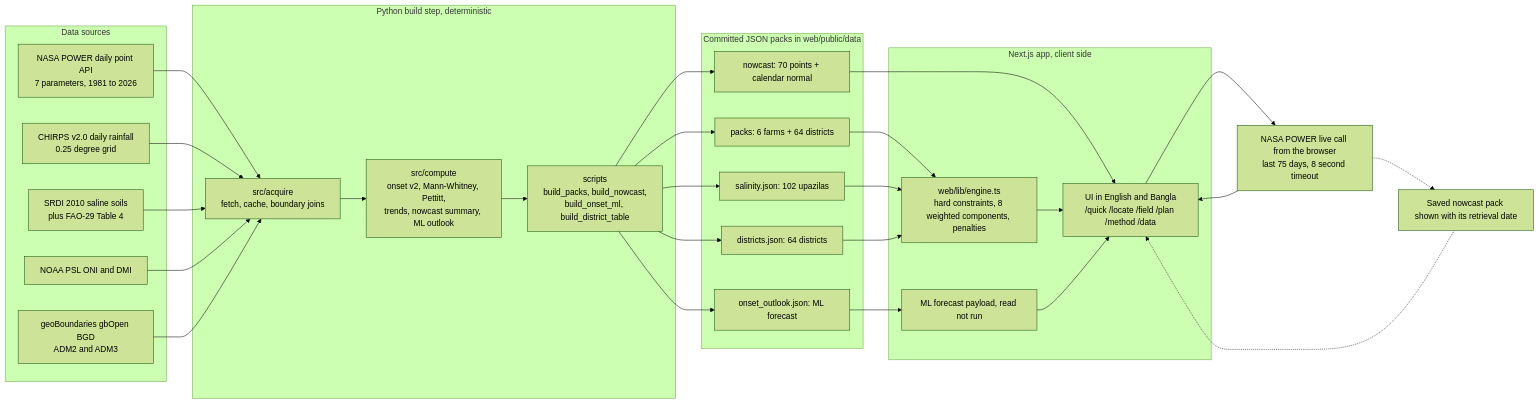
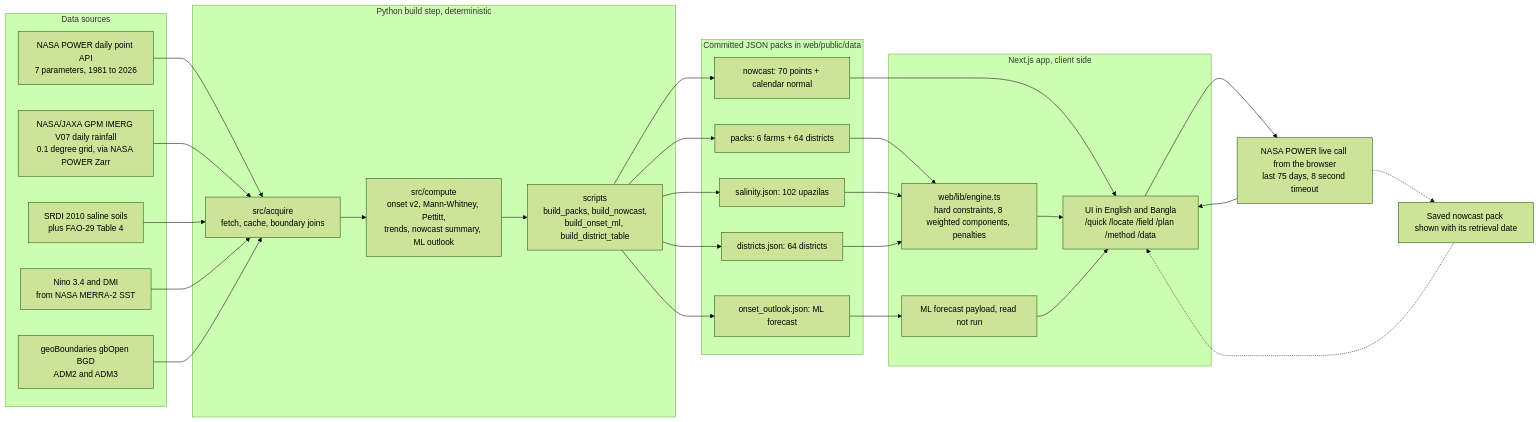
One commit to Zul-Qarnain/field-shift changed the second of 3 diagrams in README.md. Above: the diagram before and after it, drawn with Mermaid (forest theme). The commit also changed other lines of this file and 22 other files, not shown here.

First line of the commit message:
Web + docs: IMERG/MERRA-2 in the UI, climatology-fallback card, mobile overflow fixes, Python CI

````diff
--- a/README.md
+++ b/README.md
@@ -113,57 +113,57 @@
 ```mermaid
 flowchart LR
   subgraph SRC["Data sources"]
     PWR["NASA POWER daily point API<br/>7 parameters, 1981 to 2026"]
-    CHI["CHIRPS v2.0 daily rainfall<br/>0.25 degree grid"]
+    CHI["NASA/JAXA GPM IMERG V07 daily rainfall<br/>0.1 degree grid, via NASA POWER Zarr"]
     SALT["SRDI 2010 saline soils<br/>plus FAO-29 Table 4"]
-    IDX["NOAA PSL ONI and DMI"]
+    IDX["Nino 3.4 and DMI<br/>from NASA MERRA-2 SST"]
     GB["geoBoundaries gbOpen BGD<br/>ADM2 and ADM3"]
   end
 
   subgraph PY["Python build step, deterministic"]
     ACQ["src/acquire<br/>fetch, cache, boundary joins"]
     CMP["src/compute<br/>onset v2, Mann-Whitney, Pettitt,<br/>trends, nowcast summary, ML outlook"]
     SCR["scripts<br/>build_packs, build_nowcast,<br/>build_onset_ml, build_district_table"]
   end
 
   subgraph PK["Committed JSON packs in web/public/data"]
     P1["packs: 6 farms + 64 districts"]
     P2["nowcast: 70 points + calendar normal"]
     P3["onset_outlook.json: ML forecast"]
     P4["salinity.json: 102 upazilas"]
     P5["districts.json: 64 districts"]
   end
 
   subgraph WEB["Next.js app, client side"]
     ENG["web/lib/engine.ts<br/>hard constraints, 8 weighted components, penalties"]
     OUT["ML forecast payload, read not run"]
     UI["UI in English and Bangla<br/>/quick /locate /field /plan /method /data"]
   end
 
   LIVE["NASA POWER live call from the browser<br/>last 75 days, 8 second timeout"]
   SAVE["Saved nowcast pack shown with its retrieval date"]
 
   PWR --> ACQ
   CHI --> ACQ
   SALT --> ACQ
   IDX --> ACQ
   GB --> ACQ
   ACQ --> CMP
   CMP --> SCR
   SCR --> P1
   SCR --> P2
   SCR --> P3
   SCR --> P4
   SCR --> P5
   P1 --> ENG
   P4 --> ENG
   P5 --> ENG
   P3 --> OUT
   P2 --> UI
   ENG --> UI
   OUT --> UI
   UI --> LIVE
   LIVE --> UI
   LIVE -.-> SAVE
   SAVE -.-> UI
 ```
````
